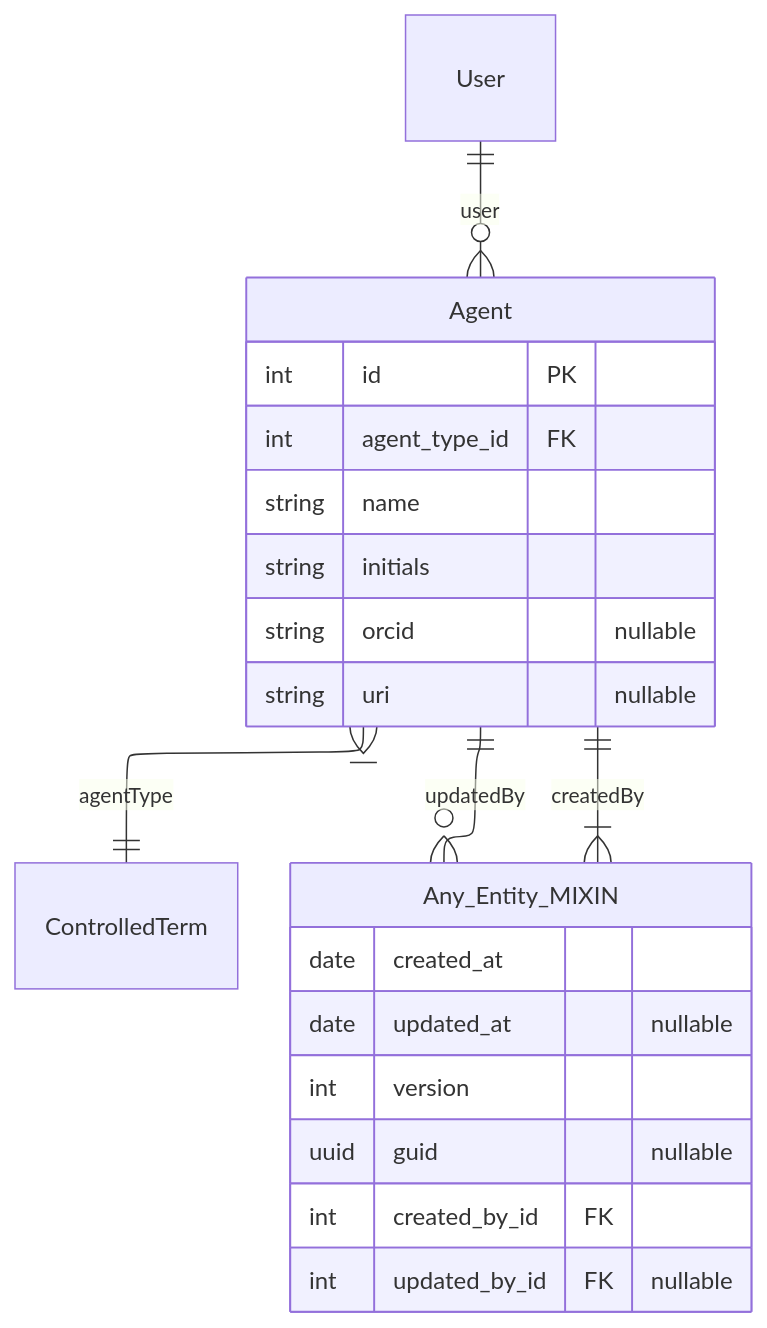
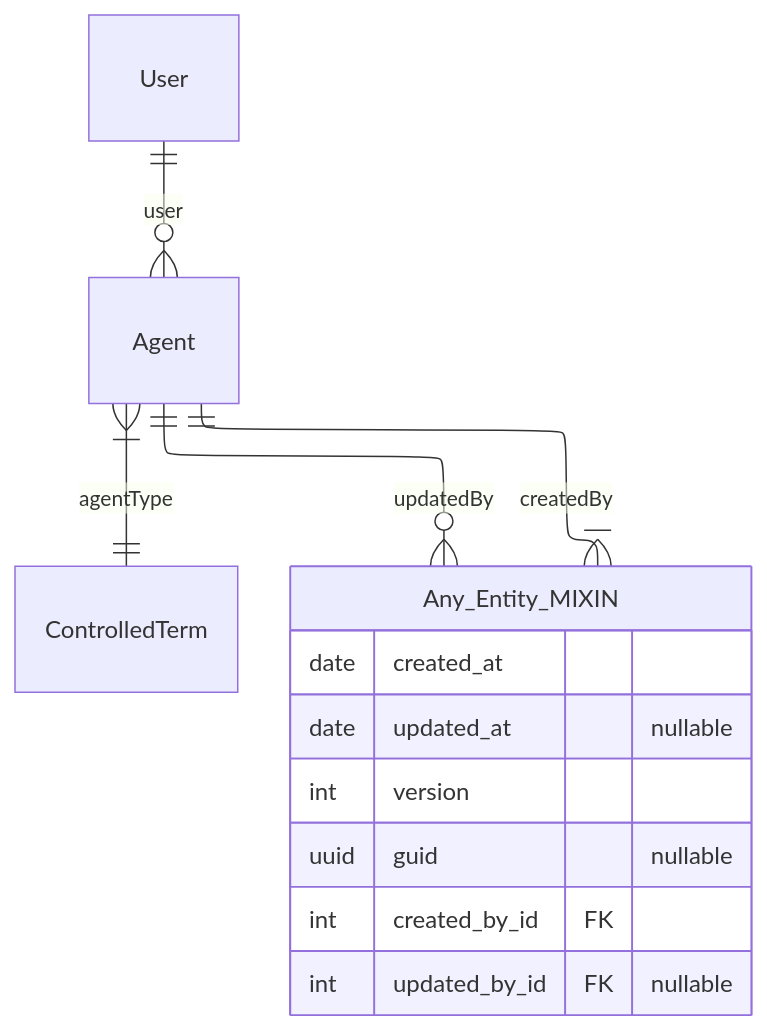
The tenth of 19 diagrams in docs/layers.md (vicflora/vicflora-data-model-2026), drawn with Mermaid before and after one commit. The commit also changed other lines of this file, not shown here.

````diff
--- a/docs/layers.md
+++ b/docs/layers.md
@@ -468,29 +515,20 @@
 ```mermaid
 ---
 config:
   layout: elk
 ---
 erDiagram
     User ||--o{ Agent : "user"
     Agent }|--|| ControlledTerm : "agentType"
     Agent ||--|{ Any_Entity_MIXIN : "createdBy"
     Agent ||--o{ Any_Entity_MIXIN : "updatedBy"
 
-    Agent {
-        int id PK
-        int agent_type_id FK
-        string name
-        string initials
-        string orcid "nullable"
-        string uri "nullable"
-    }
-
     Any_Entity_MIXIN {
         date created_at 
         date updated_at "nullable"
         int version
         uuid guid "nullable" 
         int created_by_id FK
         int updated_by_id FK "nullable"
     }
 ```
````
